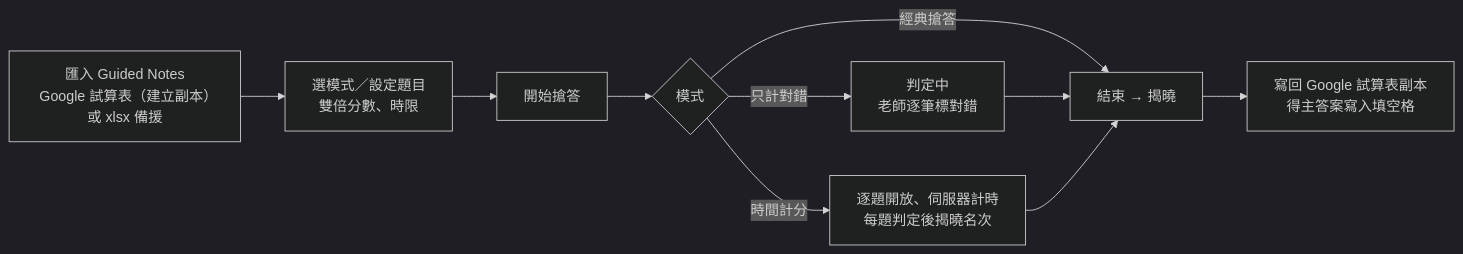
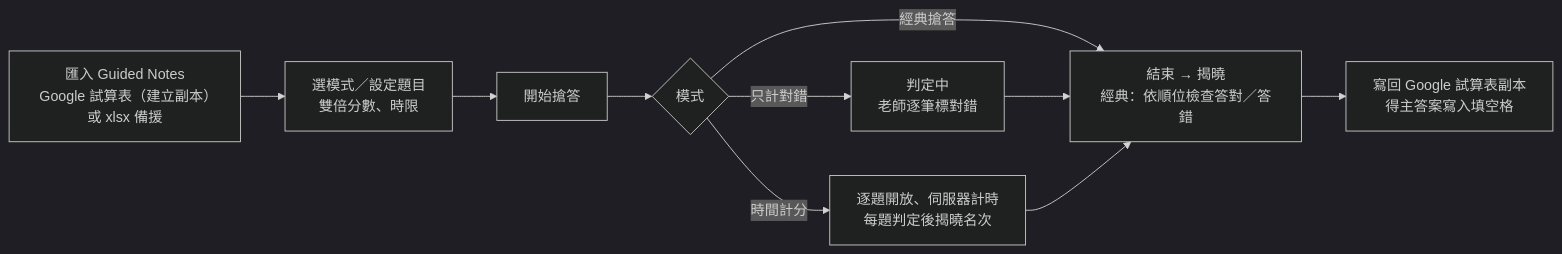
One commit to yue083139/software_fin-speckit changed the first of 2 diagrams in docs/product-trd.md. Above: the diagram before and after it, drawn with Mermaid (dark theme). The commit also changed other lines of this file and 3 other files, not shown here.

````diff
--- a/docs/product-trd.md
+++ b/docs/product-trd.md
@@ -25,10 +27,10 @@
 ```mermaid
 flowchart LR
   A[匯入 Guided Notes<br/>Google 試算表（建立副本）或 xlsx 備援] --> B[選模式／設定題目<br/>雙倍分數、時限]
   B --> C[開始搶答]
   C --> D{模式}
-  D -- 經典搶答 --> F[結束 → 揭曉]
+  D -- 經典搶答 --> F[結束 → 揭曉<br/>經典：依順位檢查答對／答錯]
   D -- 只計對錯 --> E[判定中<br/>老師逐筆標對錯] --> F
   D -- 時間計分 --> G[逐題開放、伺服器計時<br/>每題判定後揭曉名次] --> F
   F --> H[寫回 Google 試算表副本<br/>得主答案寫入填空格]
 ```
````
